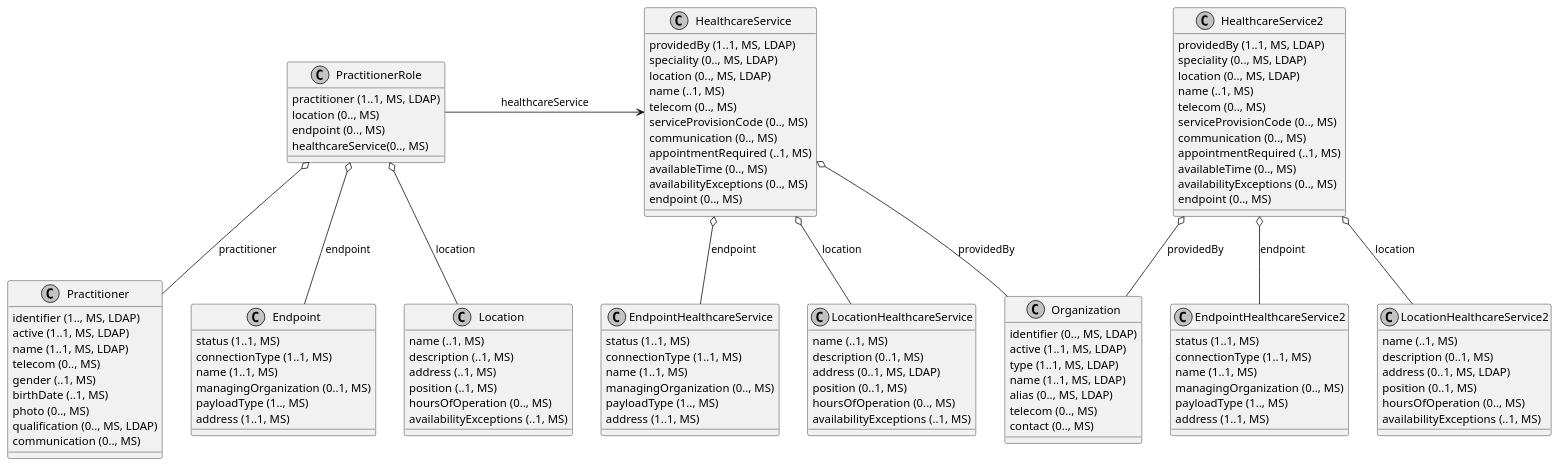
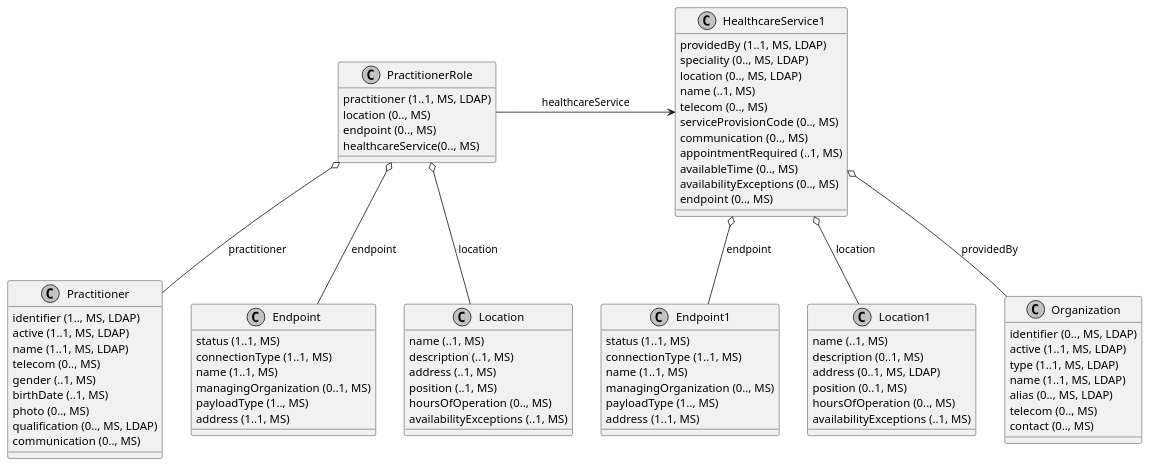
The diagram in src/plantuml/ClassDiagram.PractitionerRoleHealthcareService.puml (dotWee/api-vzd), drawn with PlantUML before and after one commit.

```diff
--- a/src/plantuml/ClassDiagram.PractitionerRoleHealthcareService.puml
+++ b/src/plantuml/ClassDiagram.PractitionerRoleHealthcareService.puml
@@ -1,118 +1,86 @@
 @startuml ClassDiagram.PractitionerRole
 skinparam monochrome true
 
 class PractitionerRole {
   {field} practitioner (1..1, MS, LDAP)
   {field} location (0.., MS)
   {field} endpoint (0.., MS)
   {field} healthcareService(0.., MS)
 }
-class HealthcareService {
+class HealthcareService1 {
   {field} providedBy (1..1, MS, LDAP)
   {field} speciality (0.., MS, LDAP)
   {field} location (0.., MS, LDAP)
   {field} name (..1, MS)
   {field} telecom (0.., MS)
   {field} serviceProvisionCode (0.., MS)
   {field} communication (0.., MS)
   {field} appointmentRequired (..1, MS)
   {field} availableTime (0.., MS)
   {field} availabilityExceptions (0.., MS)
   {field} endpoint (0.., MS)
 }
 class Practitioner {
   {field} identifier (1.., MS, LDAP)
   {field} active (1..1, MS, LDAP)
   {field} name (1..1, MS, LDAP)
   {field} telecom (0.., MS)
   {field} gender (..1, MS)
   {field} birthDate (..1, MS)
   {field} photo (0.., MS)
   {field} qualification (0.., MS, LDAP)
   {field} communication (0.., MS)
 }
 class Endpoint {
   {field} status (1..1, MS)
   {field} connectionType (1..1, MS)
   {field} name (1..1, MS)
   {field} managingOrganization (0..1, MS)
   {field} payloadType (1.., MS)
   {field} address (1..1, MS)
 }
 class Location {
   {field} name (..1, MS)
   {field} description (..1, MS)
   {field} address (..1, MS)
   {field} position (..1, MS)
   {field} hoursOfOperation (0.., MS)
   {field} availabilityExceptions (..1, MS)
 }
-class EndpointHealthcareService {
+class Endpoint1 {
   {field} status (1..1, MS)
   {field} connectionType (1..1, MS)
   {field} name (1..1, MS)
   {field} managingOrganization (0.., MS)
   {field} payloadType (1.., MS)
   {field} address (1..1, MS)
 }
-class LocationHealthcareService {
+class Location1 {
   {field} name (..1, MS)
   {field} description (0..1, MS)
   {field} address (0..1, MS, LDAP)
   {field} position (0..1, MS)
   {field} hoursOfOperation (0.., MS)
   {field} availabilityExceptions (..1, MS)
 }
 class Organization {
   {field} identifier (0.., MS, LDAP)
   {field} active (1..1, MS, LDAP)
   {field} type (1..1, MS, LDAP)
   {field} name (1..1, MS, LDAP)
   {field} alias (0.., MS, LDAP)
   {field} telecom (0.., MS)
   {field} contact (0.., MS)
 }
-class HealthcareService2 {
-  {field} providedBy (1..1, MS, LDAP)
-  {field} speciality (0.., MS, LDAP)
-  {field} location (0.., MS, LDAP)
-  {field} name (..1, MS)
-  {field} telecom (0.., MS)
-  {field} serviceProvisionCode (0.., MS)
-  {field} communication (0.., MS)
-  {field} appointmentRequired (..1, MS)
-  {field} availableTime (0.., MS)
-  {field} availabilityExceptions (0.., MS)
-  {field} endpoint (0.., MS)
-}
-class EndpointHealthcareService2 {
-  {field} status (1..1, MS)
-  {field} connectionType (1..1, MS)
-  {field} name (1..1, MS)
-  {field} managingOrganization (0.., MS)
-  {field} payloadType (1.., MS)
-  {field} address (1..1, MS)
-}
-class LocationHealthcareService2 {
-  {field} name (..1, MS)
-  {field} description (0..1, MS)
-  {field} address (0..1, MS, LDAP)
-  {field} position (0..1, MS)
-  {field} hoursOfOperation (0.., MS)
-  {field} availabilityExceptions (..1, MS)
-}
+
 PractitionerRole o-- Practitioner: practitioner
 PractitionerRole o-- Endpoint: endpoint
 PractitionerRole o-- Location: location
 
 
-HealthcareService o-- Organization: providedBy
-HealthcareService o-- EndpointHealthcareService: endpoint
-HealthcareService o-- LocationHealthcareService: location
+HealthcareService1 o-- Organization: providedBy
+HealthcareService1 o-- Endpoint1: endpoint
+HealthcareService1 o-- Location1: location
 
-HealthcareService2 o-- Organization: providedBy
-HealthcareService2 o-- EndpointHealthcareService2: endpoint
-HealthcareService2 o-- LocationHealthcareService2: location
-
-PractitionerRole -right-> HealthcareService: healthcareService
+PractitionerRole -right-> HealthcareService1: healthcareService
 @enduml
```
